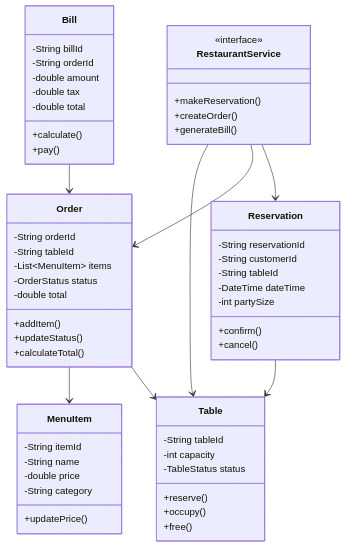
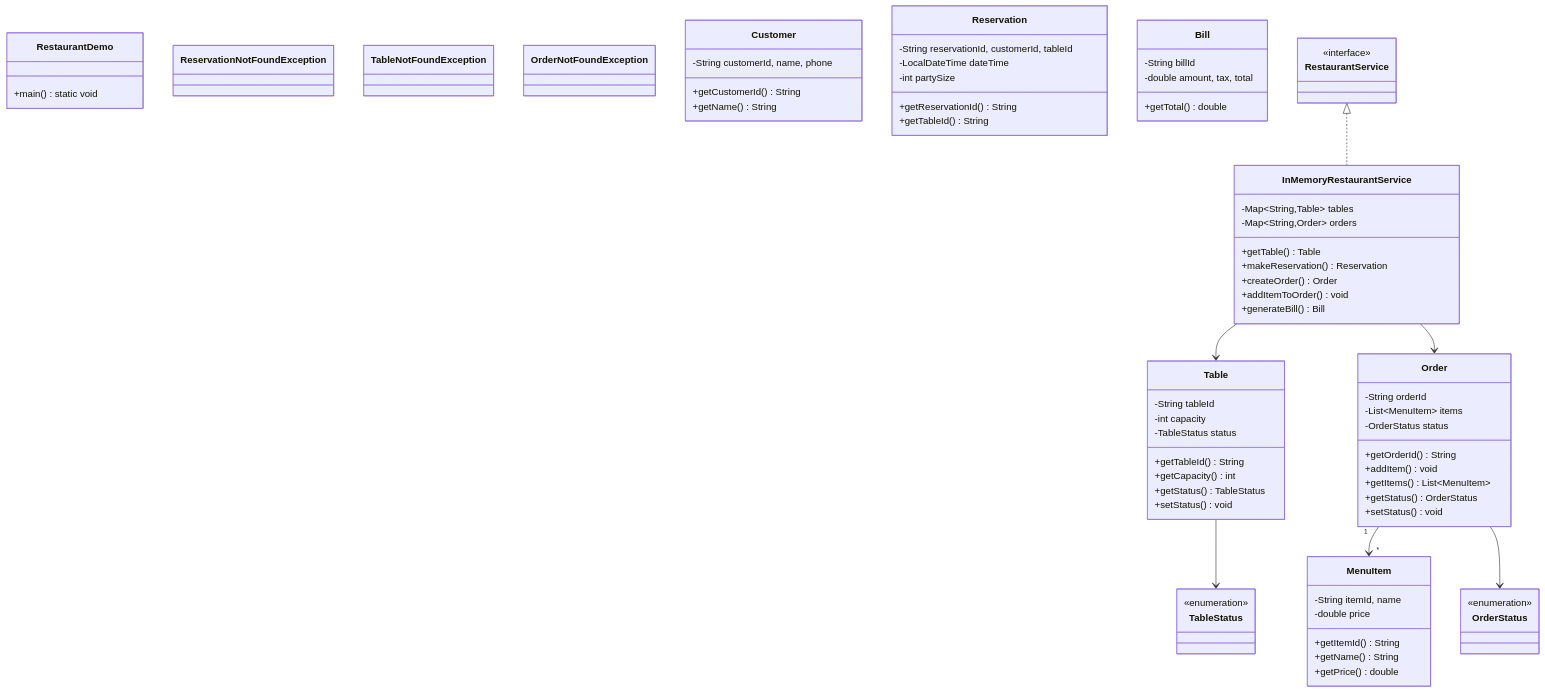
The diagram in docs/problems/restaurant/README.md (dlkr18/lld-playbook), drawn with Mermaid before and after one commit. The commit also changed 131 other files, not shown here.

First line of the commit message:
feat: regenerate all class diagrams with comprehensive Java-based models

````diff
--- a/docs/problems/restaurant/README.md
+++ b/docs/problems/restaurant/README.md
@@ -73,65 +73,91 @@
 ```mermaid
 classDiagram
+
+    class RestaurantDemo {
+        +main() static void
+    }
+
+    class InMemoryRestaurantService {
+        -Map~String,Table~ tables
+        -Map~String,Order~ orders
+        +getTable() Table
+        +makeReservation() Reservation
+        +createOrder() Order
+        +addItemToOrder() void
+        +generateBill() Bill
+    }
+
+    class ReservationNotFoundException {
+    }
+
+    class TableNotFoundException {
+    }
+
+    class OrderNotFoundException {
+    }
+
+    class Order {
+        -String orderId
+        -List~MenuItem~ items
+        -OrderStatus status
+        +getOrderId() String
+        +addItem() void
+        +getItems() List~MenuItem~
+        +getStatus() OrderStatus
+        +setStatus() void
+    }
+
+    class Customer {
+        -String customerId, name, phone
+        +getCustomerId() String
+        +getName() String
+    }
+
+    class Reservation {
+        -String reservationId, customerId, tableId
+        -LocalDateTime dateTime
+        -int partySize
+        +getReservationId() String
+        +getTableId() String
+    }
+
+    class OrderStatus
+    <<enumeration>> OrderStatus
+
     class Table {
         -String tableId
         -int capacity
         -TableStatus status
-        +reserve()
-        +occupy()
-        +free()
+        +getTableId() String
+        +getCapacity() int
+        +getStatus() TableStatus
+        +setStatus() void
     }
-    
+
     class MenuItem {
-        -String itemId
-        -String name
+        -String itemId, name
         -double price
-        -String category
-        +updatePrice()
+        +getItemId() String
+        +getName() String
+        +getPrice() double
     }
-    
-    class Order {
-        -String orderId
-        -String tableId
-        -List~MenuItem~ items
-        -OrderStatus status
-        -double total
-        +addItem()
-        +updateStatus()
-        +calculateTotal()
-    }
-    
-    class Reservation {
-        -String reservationId
-        -String customerId
-        -String tableId
-        -DateTime dateTime
-        -int partySize
-        +confirm()
-        +cancel()
-    }
-    
+
+    class TableStatus
+    <<enumeration>> TableStatus
+
     class Bill {
         -String billId
-        -String orderId
-        -double amount
-        -double tax
-        -double total
-        +calculate()
-        +pay()
+        -double amount, tax, total
+        +getTotal() double
     }
-    
-    class RestaurantService {
-        <<interface>>
-        +makeReservation()
-        +createOrder()
-        +generateBill()
-    }
-    
-    RestaurantService --> Table
-    RestaurantService --> Order
-    RestaurantService --> Reservation
-    Order --> MenuItem
-    Order --> Table
-    Bill --> Order
-    Reservation --> Table
+
+    class RestaurantService
+    <<interface>> RestaurantService
+
+    RestaurantService <|.. InMemoryRestaurantService
+    InMemoryRestaurantService --> Table
+    InMemoryRestaurantService --> Order
+    Order "1" --> "*" MenuItem
+    Order --> OrderStatus
+    Table --> TableStatus
 ```
````
